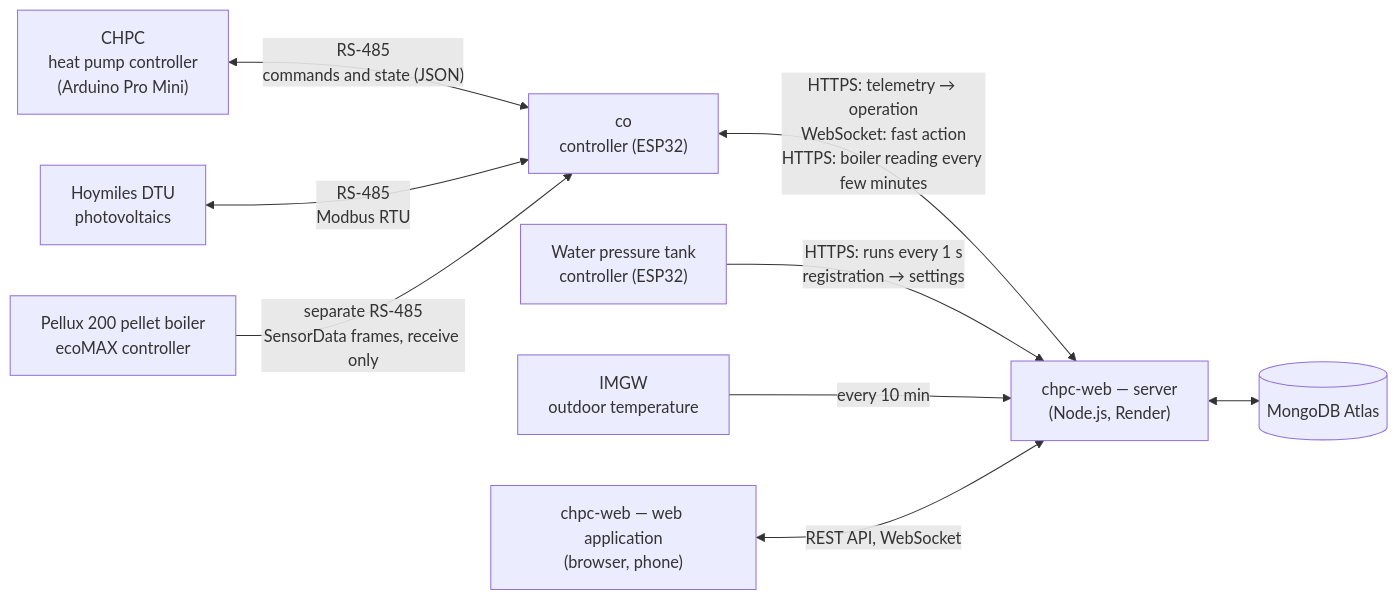
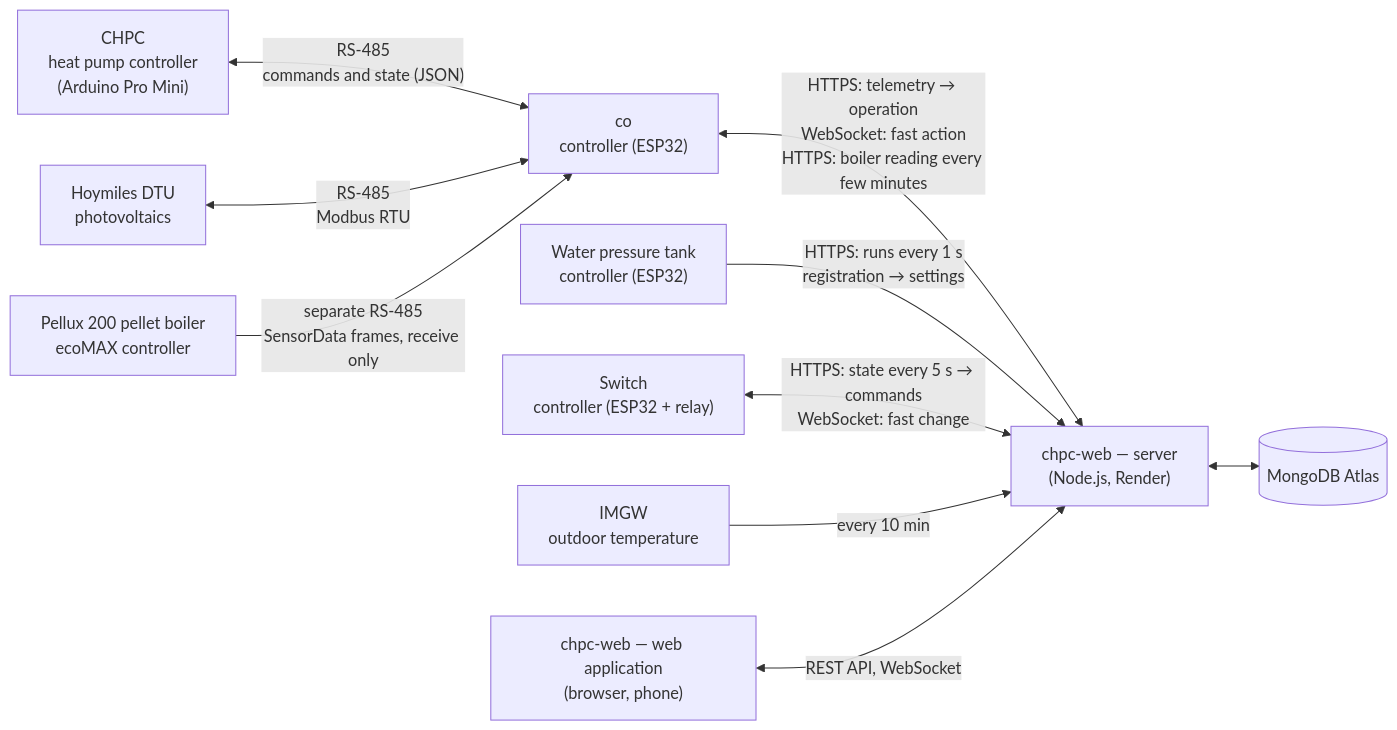
Before and after one commit to robertorlowski/chpc-web: the diagram in docs/en/README.md, drawn with Mermaid. The commit also changed other lines of this file and 27 other files, not shown here.

````diff
--- a/docs/en/README.md
+++ b/docs/en/README.md
@@ -16,21 +17,23 @@
 ```mermaid
 flowchart LR
     CHPC["CHPC<br/>heat pump controller<br/>(Arduino Pro Mini)"]
     DTU["Hoymiles DTU<br/>photovoltaics"]
     CO["co<br/>controller (ESP32)"]
     ECO["Pellux 200 pellet boiler<br/>ecoMAX controller"]
     HYD["Water pressure tank<br/>controller (ESP32)"]
+    SW["Switch<br/>controller (ESP32 + relay)"]
     SRV["chpc-web — server<br/>(Node.js, Render)"]
     DB[("MongoDB Atlas")]
     WEB["chpc-web — web application<br/>(browser, phone)"]
     IMGW["IMGW<br/>outdoor temperature"]
 
     CHPC <-- "RS-485<br/>commands and state (JSON)" --> CO
     DTU <-- "RS-485<br/>Modbus RTU" --> CO
     ECO -- "separate RS-485<br/>SensorData frames, receive only" --> CO
     CO <-- "HTTPS: telemetry → operation<br/>WebSocket: fast action<br/>HTTPS: boiler reading every few minutes" --> SRV
     HYD -- "HTTPS: runs every 1 s<br/>registration → settings" --> SRV
+    SW <-- "HTTPS: state every 5 s → commands<br/>WebSocket: fast change" --> SRV
     IMGW -- "every 10 min" --> SRV
     SRV <--> DB
     WEB <-- "REST API, WebSocket" --> SRV
 ```
````
